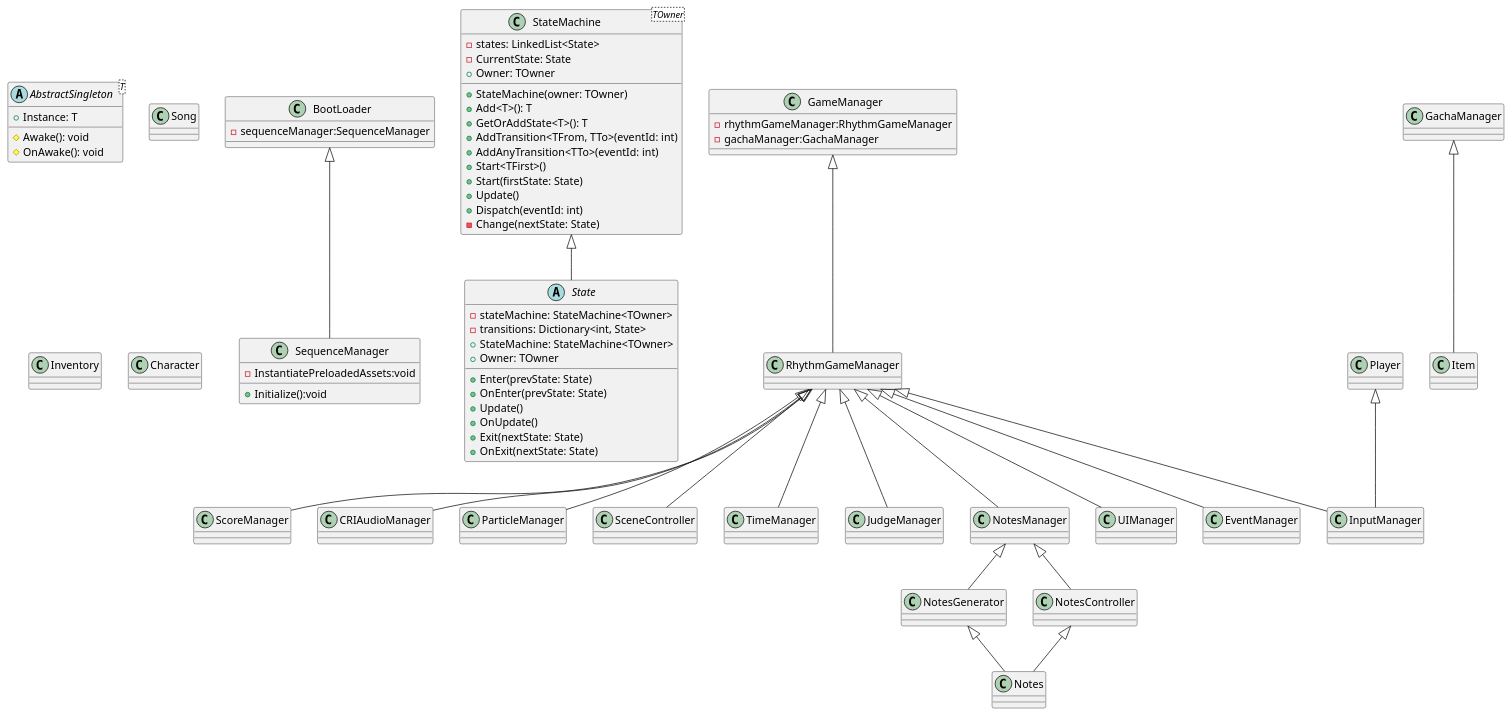
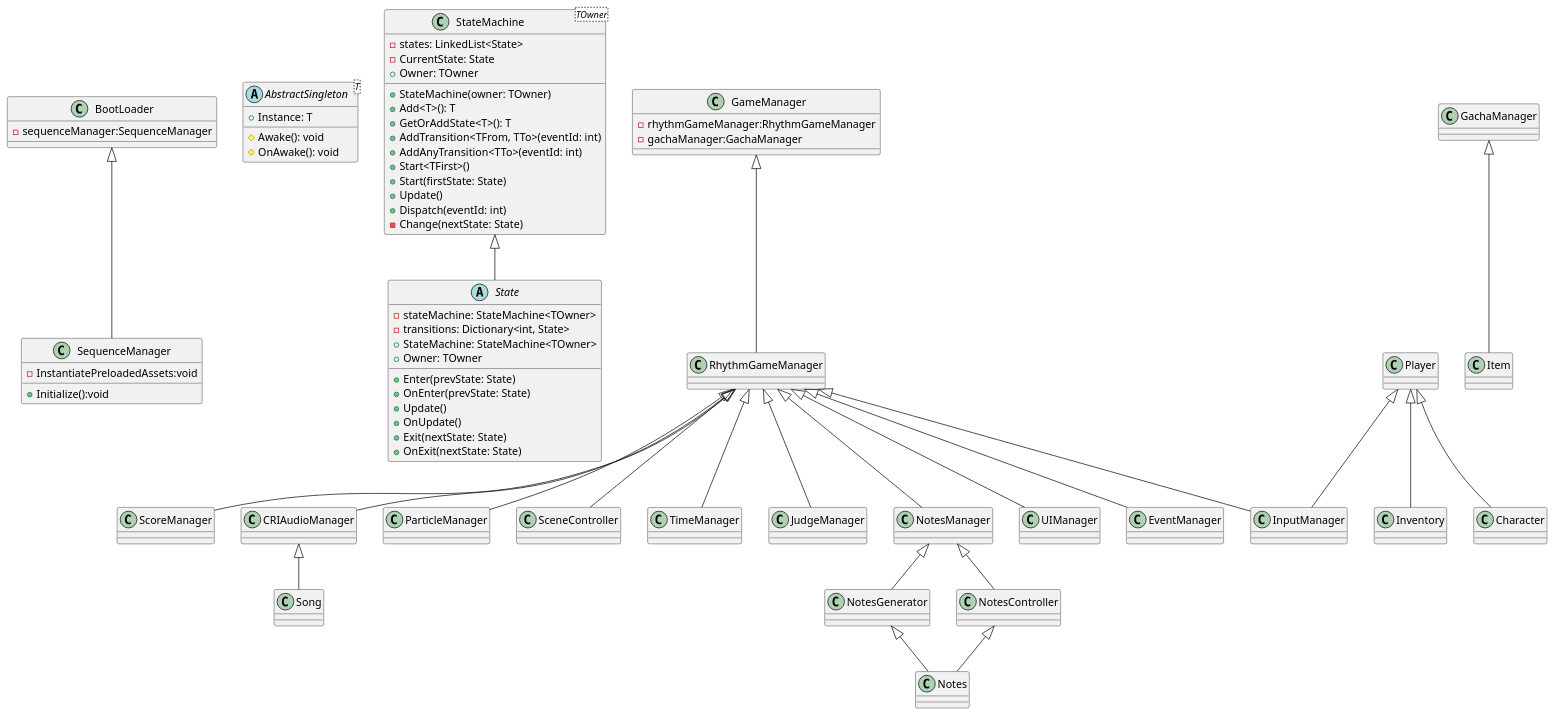
Before and after one commit to Hikanyan/ChronicleDimension: the diagram in Assets/ChronicleDimensionProject/ClassTree/ClassTree.pu, drawn with PlantUML.

Commit message:
[Update]ClassTree

```diff
--- a/Assets/ChronicleDimensionProject/ClassTree/ClassTree.pu
+++ b/Assets/ChronicleDimensionProject/ClassTree/ClassTree.pu
@@ -1,139 +1,142 @@
 @startuml
 
 class BootLoader{
     -sequenceManager:SequenceManager
 }
 class SequenceManager{
     +Initialize():void
     -InstantiatePreloadedAssets:void
 }
 abstract class AbstractSingleton<T> {
   +Instance: T
   #Awake(): void
   #OnAwake(): void
 }
 abstract class AbstractSingleton<T>
 Class StateMachine<TOwner> {
   -states: LinkedList<State>
   -CurrentState: State
   +Owner: TOwner
   +StateMachine(owner: TOwner)
   +Add<T>(): T
   +GetOrAddState<T>(): T
   +AddTransition<TFrom, TTo>(eventId: int)
   +AddAnyTransition<TTo>(eventId: int)
   +Start<TFirst>()
   +Start(firstState: State)
   +Update()
   +Dispatch(eventId: int)
   -Change(nextState: State)
 }
 
 abstract class State {
   -stateMachine: StateMachine<TOwner>
   -transitions: Dictionary<int, State>
   +StateMachine: StateMachine<TOwner>
   +Owner: TOwner
   +Enter(prevState: State)
   +OnEnter(prevState: State)
   +Update()
   +OnUpdate()
   +Exit(nextState: State)
   +OnExit(nextState: State)
 }
 
 class GameManager {
  -rhythmGameManager:RhythmGameManager
  -gachaManager:GachaManager
 }
 class RhythmGameManager{
 
 }
 class ScoreManager{
 
 }
 class CRIAudioManager{
 
 }
 class ParticleManager{
 
 }
 class SceneController{
 
 }
 class TimeManager{
 
 }
 class InputManager{
 
 }
 class JudgeManager{
 
 }
 class NotesManager{
 
 }
 class UIManager{
 
 }
 class EventManager{
 
 }
 class GachaManager{
 
 }
 class NotesGenerator{
 
 }
 class NotesController{
 
 }
 
 class Player{
 
 }
 class Notes{
 
 }
 class Song{
 
 }
 class Item{
 
 }
 class Inventory{
 
 }
 class Character{
 
 }
 
 
 BootLoader <|-- SequenceManager
 StateMachine <|-- State
 
 GameManager <|-- RhythmGameManager
 
 RhythmGameManager <|-- ScoreManager
 RhythmGameManager <|-- CRIAudioManager
 RhythmGameManager <|-- ParticleManager
 RhythmGameManager <|-- SceneController
 RhythmGameManager <|-- TimeManager
 RhythmGameManager <|-- InputManager
 RhythmGameManager <|-- JudgeManager
 RhythmGameManager <|-- NotesManager
 RhythmGameManager <|-- UIManager
 RhythmGameManager <|-- EventManager
 
 Player<|-- InputManager
+Player<|-- Inventory
+Player<|-- Character
 
 NotesManager  <|-- NotesGenerator
 NotesManager  <|-- NotesController
 
 NotesGenerator <|-- Notes
 NotesController <|-- Notes
 
+CRIAudioManager<|--Song
 
 GachaManager <|-- Item
 
 @enduml
```
